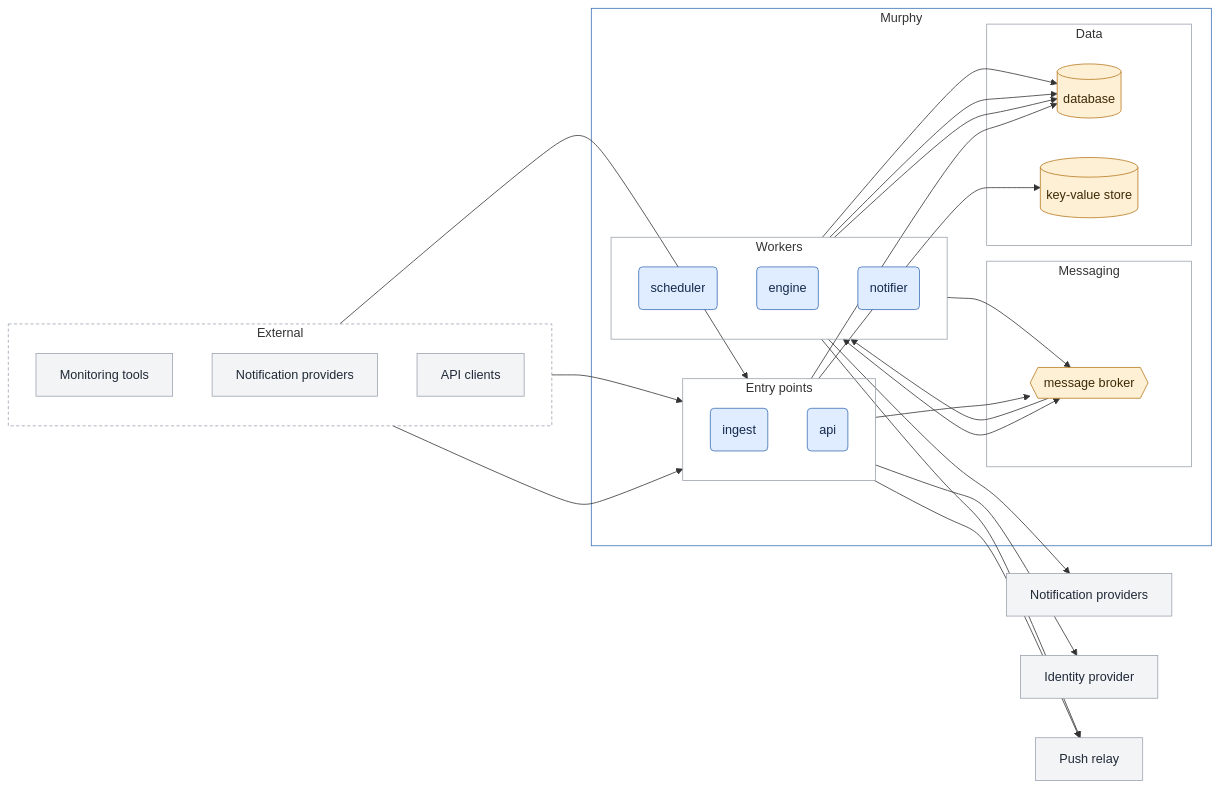
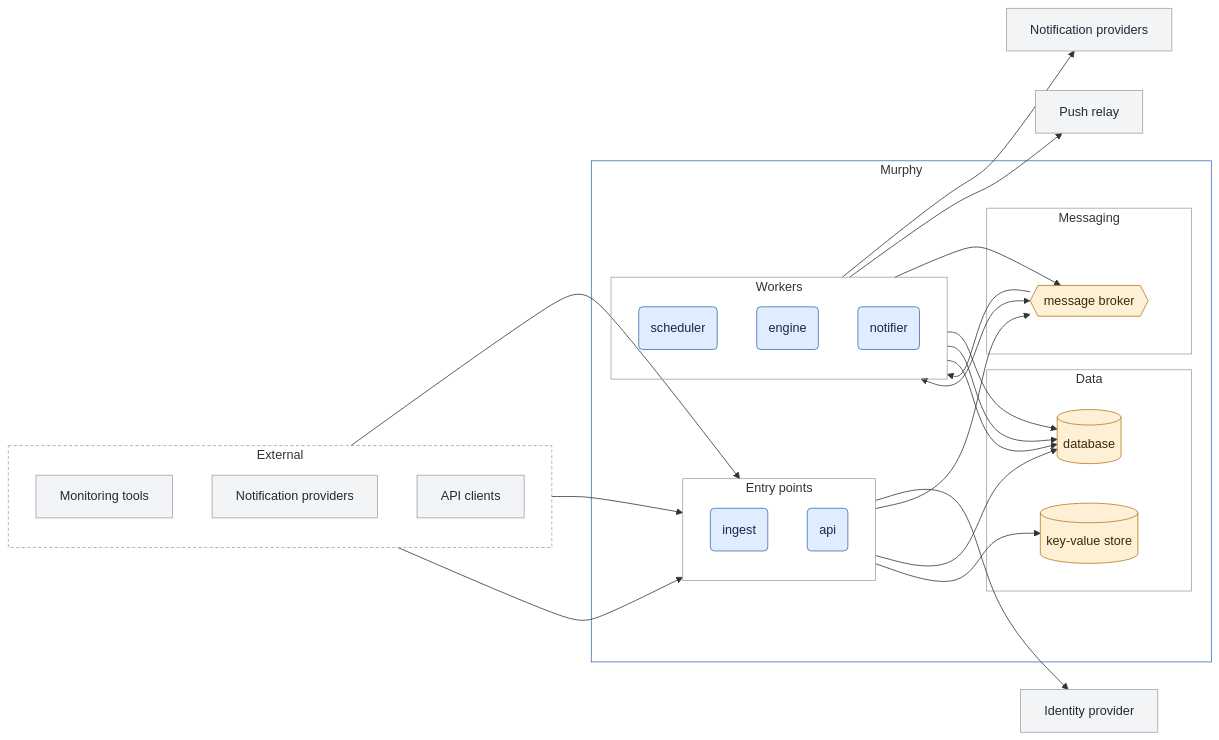
One commit to murphyhq/server changed the first of 6 diagrams in docs/architecture.md. Above: the diagram before and after it, drawn with Mermaid. The commit also changed other lines of this file and 18 other files, not shown here.

````diff
--- a/docs/architecture.md
+++ b/docs/architecture.md
@@ -7,70 +7,69 @@
 ```mermaid
 flowchart LR
   subgraph external [External]
     direction TB
     mon[Monitoring tools]
     providers_in[Notification providers]
     clients[API clients]
   end
 
   subgraph murphy [Murphy]
     subgraph entry [Entry points]
       direction TB
       ingest(ingest)
       api(api)
     end
 
     subgraph workers [Workers]
       direction TB
       scheduler(scheduler)
       engine(engine)
       notifier(notifier)
     end
 
     subgraph messaging [Messaging]
       broker{{message broker}}
     end
 
     subgraph data [Data]
       db[(database)]
       kv[(key-value store)]
     end
   end
 
   providers_out[Notification providers]
   idp[Identity provider]
   relay[Push relay]
 
   mon --> ingest
   providers_in --> ingest
   clients --> api
   api --> idp
-  api --> relay
   notifier --> providers_out
   notifier --> relay
 
   ingest --> broker
   scheduler --> broker
   broker --> engine
   broker <--> notifier
 
   api --> db
   api --> kv
   engine --> db
   scheduler --> db
   notifier --> db
 
   classDef outside fill:#f3f4f6,stroke:#9ca3af,color:#1f2937
   classDef component fill:#e0ecff,stroke:#3b6fb6,color:#13294b
   classDef infra fill:#fdf0d5,stroke:#b7791f,color:#3d2a06
   class mon,providers_in,clients,providers_out,idp,relay outside
   class ingest,api,scheduler,engine,notifier component
   class broker,db,kv infra
 
   style external fill:none,stroke:#9ca3af,stroke-dasharray:4 3
   style murphy fill:none,stroke:#3b6fb6
   style entry fill:none,stroke:#9ca3af
   style workers fill:none,stroke:#9ca3af
   style messaging fill:none,stroke:#9ca3af
   style data fill:none,stroke:#9ca3af
 ```
````
